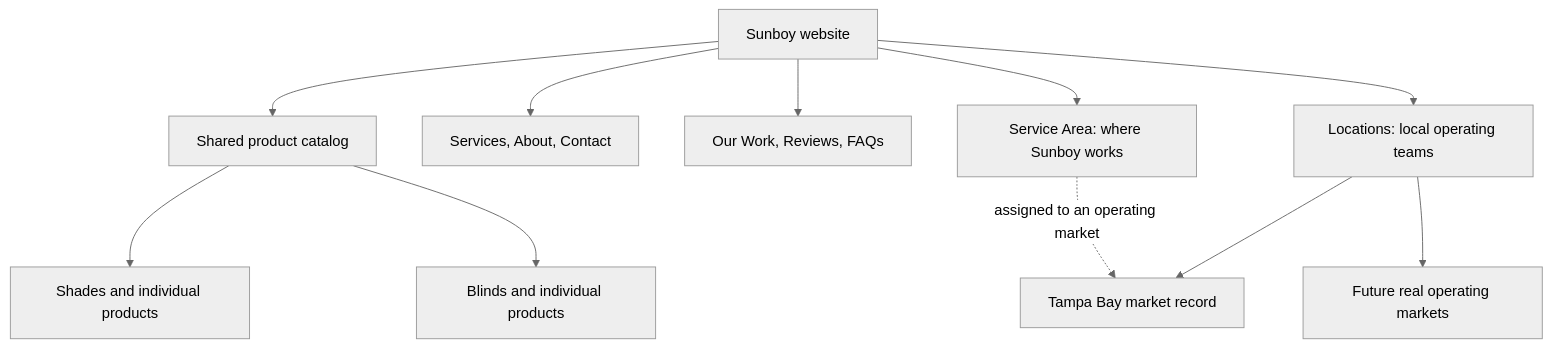
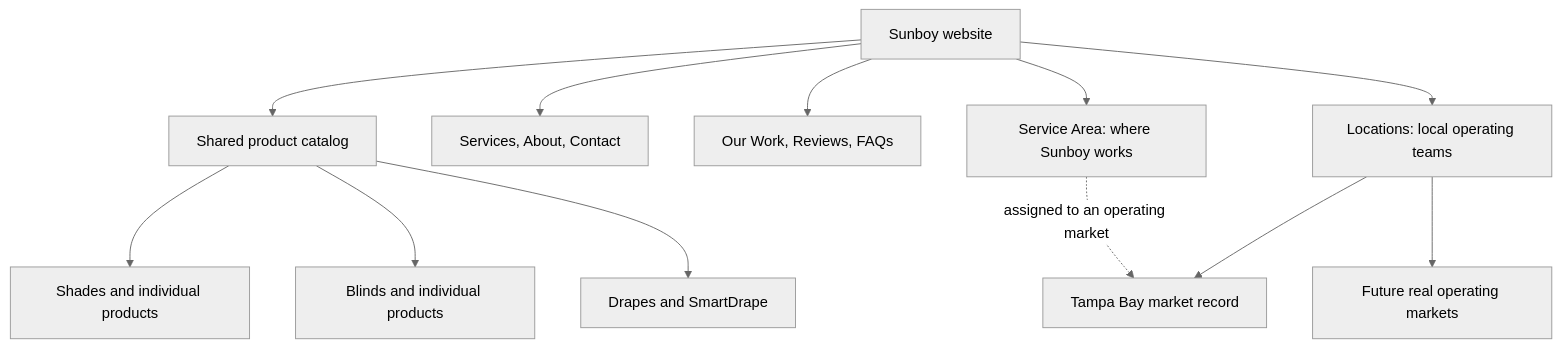
Before and after one commit to cody-del/Sunboyblinds: the diagram in architecture/README.md, drawn with Mermaid (neutral theme). The commit also changed other lines of this file and 36 other files, not shown here.

Commit message:
Group SmartDrape under Drapes and revise service coverage

````diff
--- a/architecture/README.md
+++ b/architecture/README.md
@@ -11,13 +11,14 @@
 ```mermaid
 flowchart TD
     Brand["Sunboy website"] --> Catalog["Shared product catalog"]
     Brand --> Company["Services, About, Contact"]
     Brand --> Proof["Our Work, Reviews, FAQs"]
     Brand --> Coverage["Service Area: where Sunboy works"]
     Brand --> Locations["Locations: local operating teams"]
     Catalog --> Shades["Shades and individual products"]
     Catalog --> Blinds["Blinds and individual products"]
+    Catalog --> Drapes["Drapes and SmartDrape"]
     Locations --> Tampa["Tampa Bay market record"]
     Locations --> Future["Future real operating markets"]
     Coverage -. "assigned to an operating market" .-> Tampa
 ```
````
